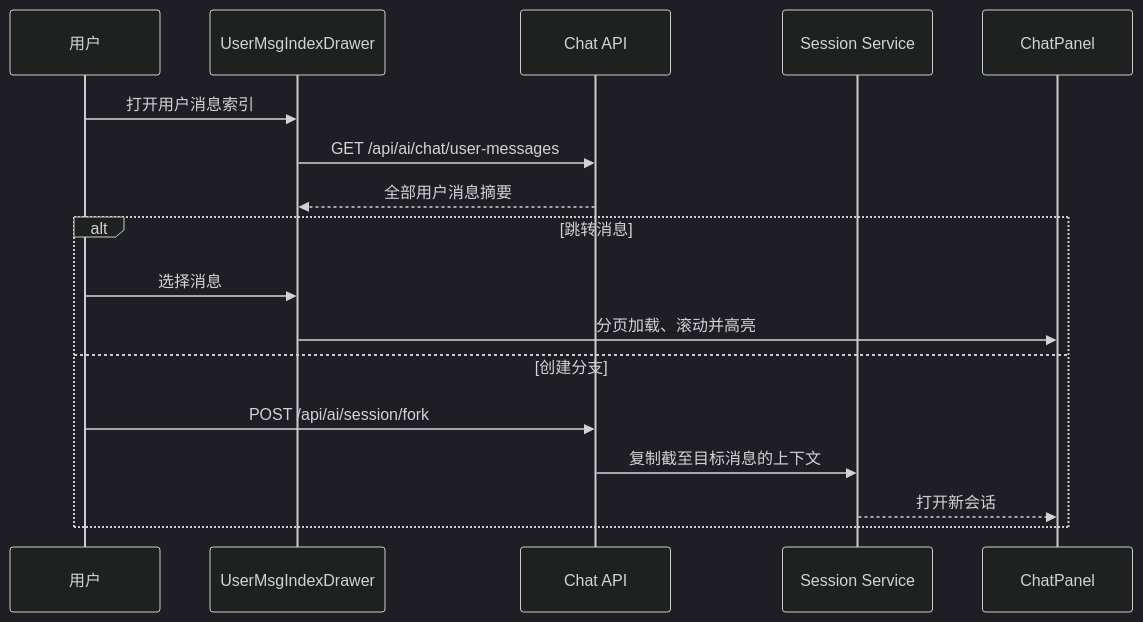
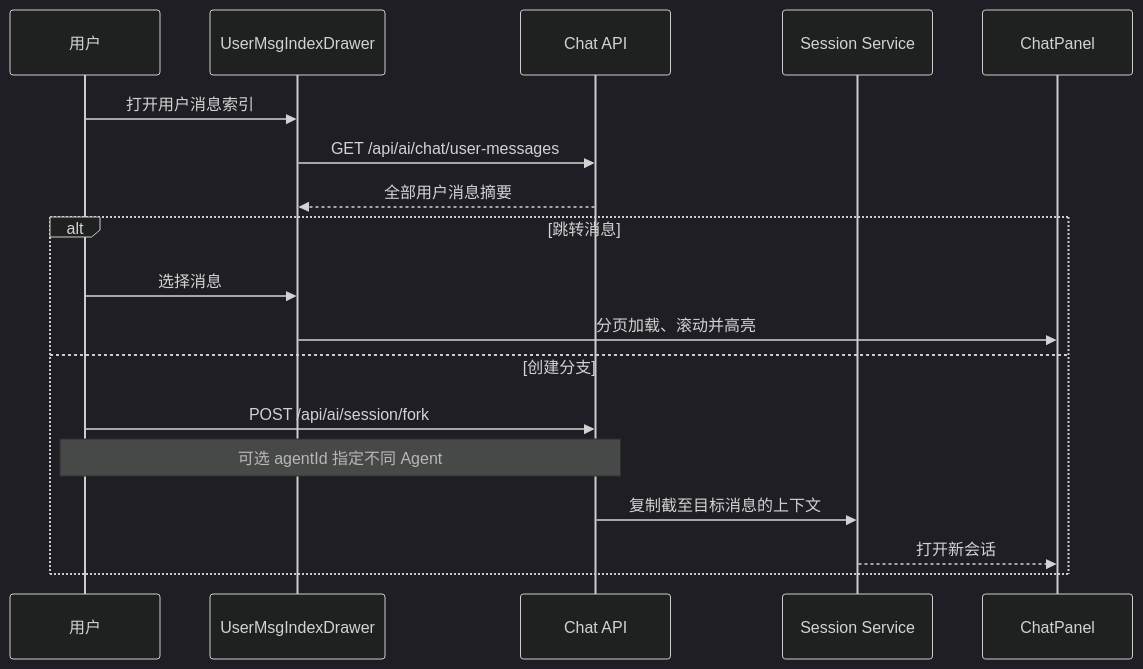
The diagram in docs/spec/features/session-navigation.md (0REZ/clawbench), drawn with Mermaid (dark theme) before and after one commit. The commit also changed other lines of this file and 315 other files, not shown here.

````diff
--- a/docs/spec/features/session-navigation.md
+++ b/docs/spec/features/session-navigation.md
@@ -9,20 +9,21 @@
 ```mermaid
 sequenceDiagram
     participant 用户
     participant UserMsgIndexDrawer
     participant Chat API
     participant Session Service
     participant ChatPanel
 
     用户->>UserMsgIndexDrawer: 打开用户消息索引
     UserMsgIndexDrawer->>Chat API: GET /api/ai/chat/user-messages
     Chat API-->>UserMsgIndexDrawer: 全部用户消息摘要
     alt 跳转消息
         用户->>UserMsgIndexDrawer: 选择消息
         UserMsgIndexDrawer->>ChatPanel: 分页加载、滚动并高亮
     else 创建分支
         用户->>Chat API: POST /api/ai/session/fork
+        Note over 用户,Chat API: 可选 agentId 指定不同 Agent
         Chat API->>Session Service: 复制截至目标消息的上下文
         Session Service-->>ChatPanel: 打开新会话
     end
 ```
````
